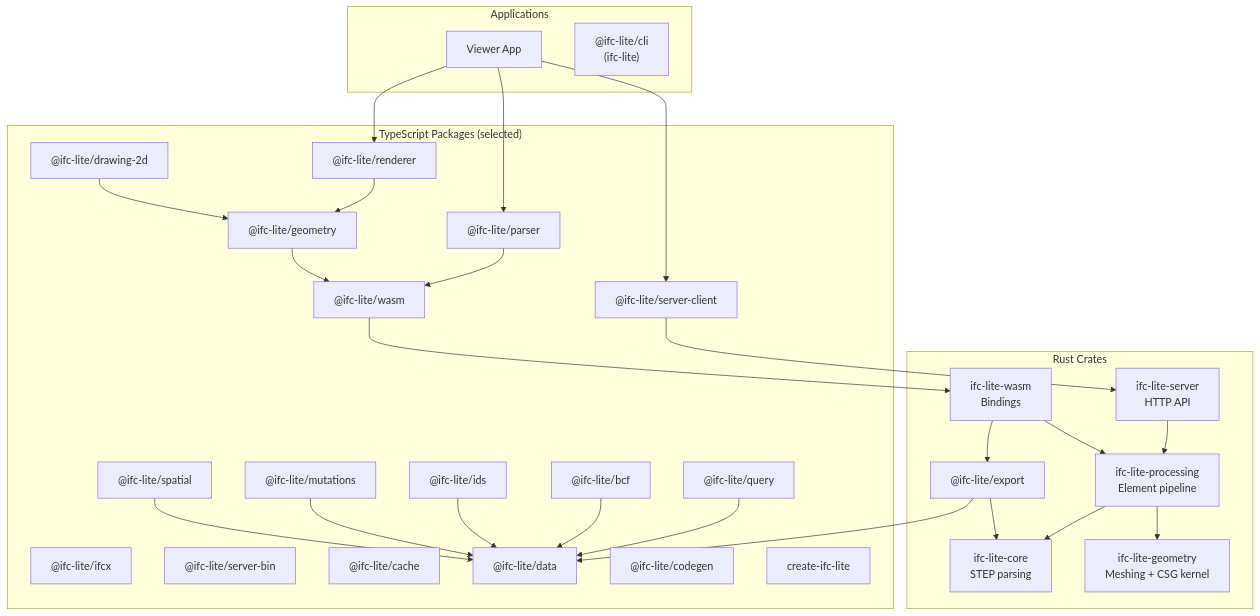
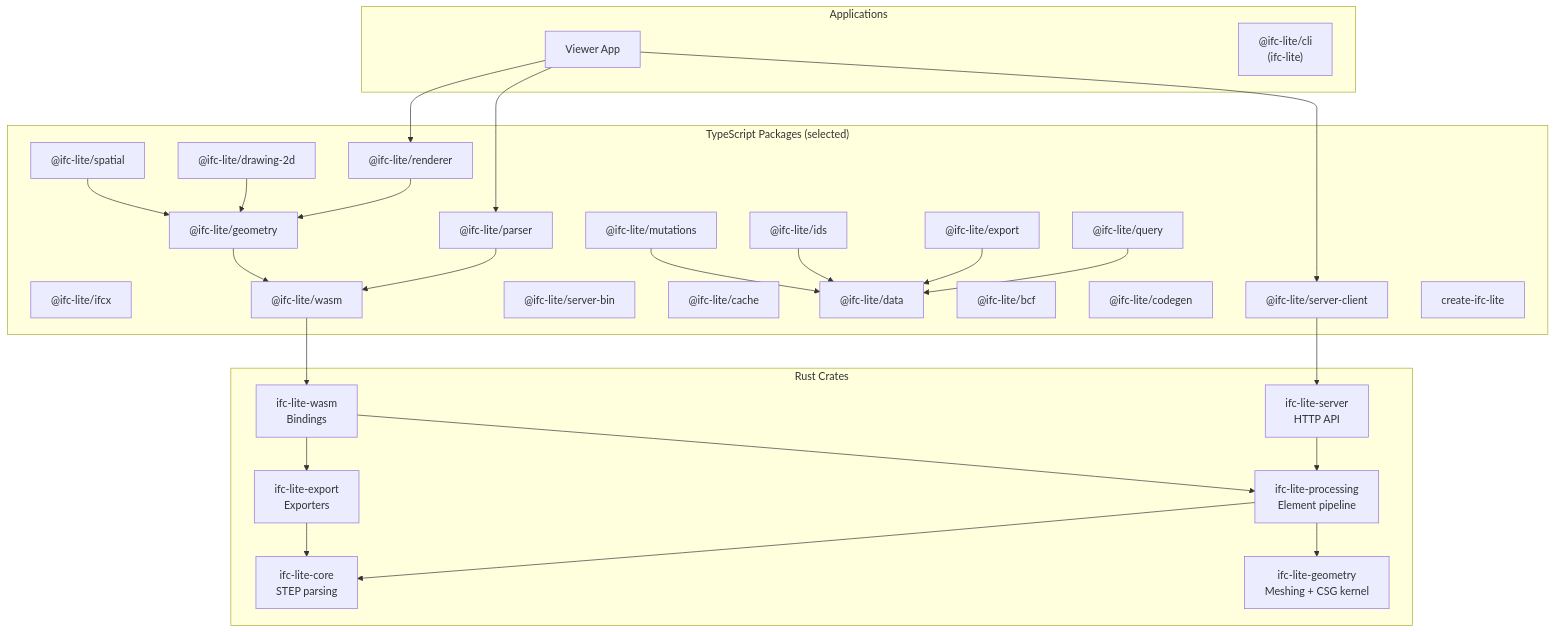
The seventh of 18 diagrams in docs/architecture/overview.md (LTplus-AG/ifc-lite), drawn with Mermaid before and after one commit. The commit also changed other lines of this file and 6 other files, not shown here.

First line of the commit message:
docs(architecture): match the pipeline docs to the current code

````diff
--- a/docs/architecture/overview.md
+++ b/docs/architecture/overview.md
@@ -198,59 +198,58 @@
 ```mermaid
 graph TB
     subgraph Rust["Rust Crates"]
         Core["ifc-lite-core<br/>STEP parsing"]
         Geo["ifc-lite-geometry<br/>Meshing + CSG kernel"]
         Processing["ifc-lite-processing<br/>Element pipeline"]
         Export["ifc-lite-export<br/>Exporters"]
         Wasm["ifc-lite-wasm<br/>Bindings"]
         Server["ifc-lite-server<br/>HTTP API"]
     end
 
     subgraph TS["TypeScript Packages (selected)"]
         Parser["@ifc-lite/parser"]
         IFCX["@ifc-lite/ifcx"]
         Geometry["@ifc-lite/geometry"]
         Renderer["@ifc-lite/renderer"]
         ServerClient["@ifc-lite/server-client"]
         ServerBin["@ifc-lite/server-bin"]
         Cache["@ifc-lite/cache"]
         Query["@ifc-lite/query"]
         Data["@ifc-lite/data"]
-        Export["@ifc-lite/export"]
+        ExportTS["@ifc-lite/export"]
         BCF["@ifc-lite/bcf"]
         IDS["@ifc-lite/ids"]
         Drawing2D["@ifc-lite/drawing-2d"]
         Mutations["@ifc-lite/mutations"]
         Spatial["@ifc-lite/spatial"]
         Codegen["@ifc-lite/codegen"]
         WasmTS["@ifc-lite/wasm"]
         CreateCLI["create-ifc-lite"]
     end
 
     subgraph Apps["Applications"]
         Viewer["Viewer App"]
         CLI["@ifc-lite/cli<br/>(ifc-lite)"]
     end
 
     Processing --> Core
     Processing --> Geo
     Export --> Core
     Server --> Processing
     Wasm --> Processing
     Wasm --> Export
     Parser --> WasmTS
     WasmTS --> Wasm
     Geometry --> WasmTS
     Renderer --> Geometry
     ServerClient --> Server
     Query --> Data
-    Export --> Data
-    BCF --> Data
+    ExportTS --> Data
     IDS --> Data
     Drawing2D --> Geometry
     Mutations --> Data
-    Spatial --> Data
+    Spatial --> Geometry
     Viewer --> Parser
     Viewer --> Renderer
     Viewer --> ServerClient
 ```
````
